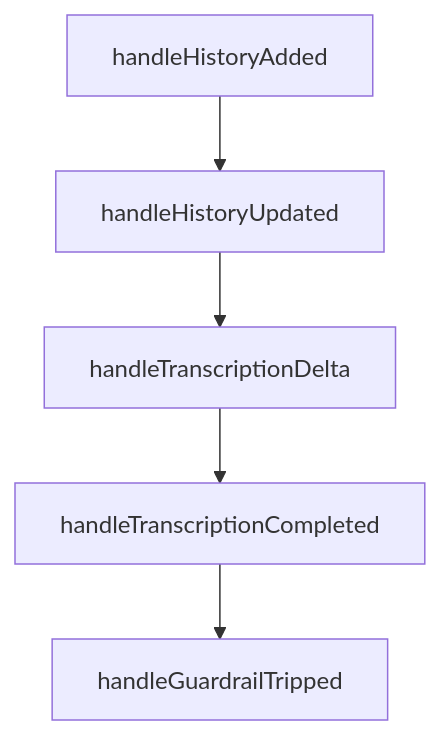
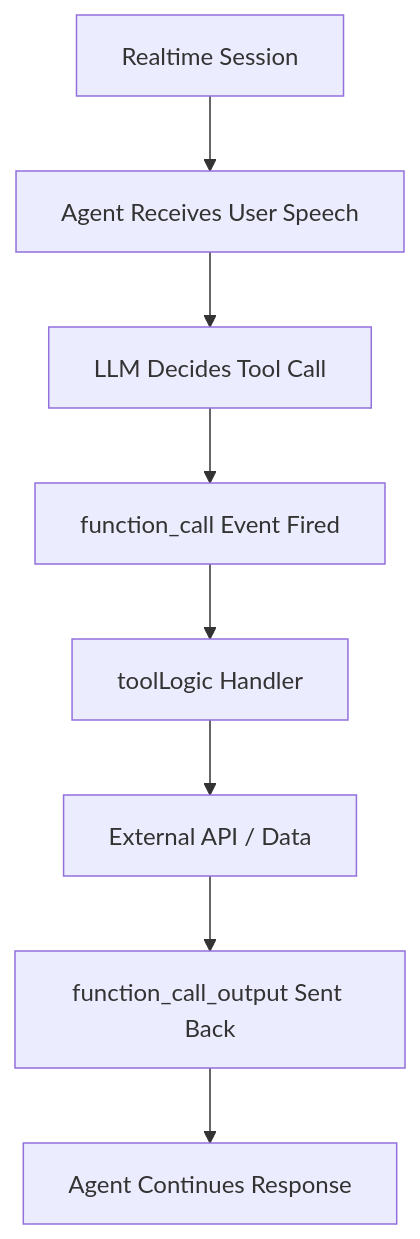
Before and after one commit to johnxie/awesome-code-docs: the diagram in tutorials/openai-realtime-agents-tutorial/05-function-calling.md, drawn with Mermaid. The commit also changed other lines of this file and 1232 other files, not shown here.

````diff
--- a/tutorials/openai-realtime-agents-tutorial/05-function-calling.md
+++ b/tutorials/openai-realtime-agents-tutorial/05-function-calling.md
@@ -252,12 +84,10 @@
 ```mermaid
 flowchart TD
-    A[handleHistoryAdded]
-    B[handleHistoryUpdated]
-    C[handleTranscriptionDelta]
-    D[handleTranscriptionCompleted]
-    E[handleGuardrailTripped]
-    A --> B
-    B --> C
-    C --> D
-    D --> E
+    A[Realtime Session] --> B[Agent Receives User Speech]
+    B --> C[LLM Decides Tool Call]
+    C --> D[function_call Event Fired]
+    D --> E[toolLogic Handler]
+    E --> F[External API / Data]
+    F --> G[function_call_output Sent Back]
+    G --> H[Agent Continues Response]
 ```
````
